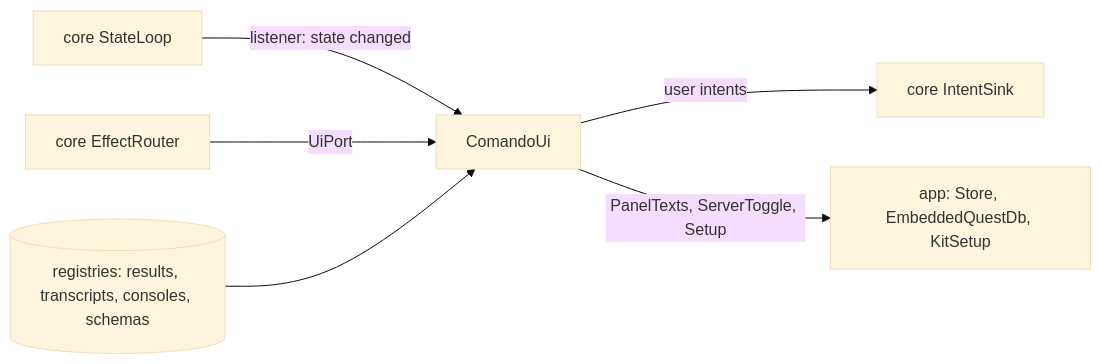
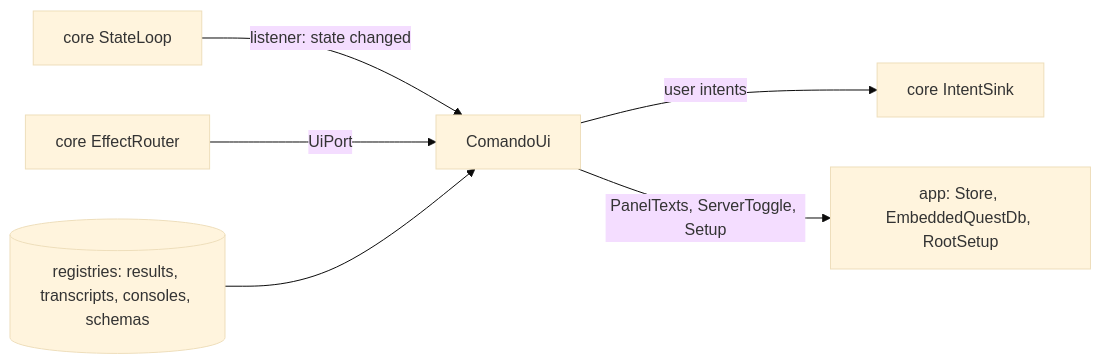
One commit to marregui/comando changed the diagram in ui/README.md. Above: the diagram before and after it, drawn with Mermaid (base theme). The commit also changed other lines of this file and 95 other files, not shown here.

Commit message:
Sessions run on the kit root: kit.json, CLAUDE_CONFIG_DIR and brain memory, kit folders in Files tab, kit upgrade and brain backup, release packages for macOS, Linux and Windows; old bundled kit removed (ADR 0080)

````diff
--- a/ui/README.md
+++ b/ui/README.md
@@ -49,8 +49,8 @@
 ```mermaid
 flowchart LR
   LOOP["core StateLoop"] -->|"listener: state changed"| CU["ComandoUi"]
   ER["core EffectRouter"] -->|"UiPort"| CU
   CU -->|"user intents"| SINK["core IntentSink"]
   REG[("registries: results, transcripts, consoles, schemas")] --> CU
-  CU -->|"PanelTexts, ServerToggle, Setup"| APP["app: Store, EmbeddedQuestDb, KitSetup"]
+  CU -->|"PanelTexts, ServerToggle, Setup"| APP["app: Store, EmbeddedQuestDb, RootSetup"]
 ```
````
